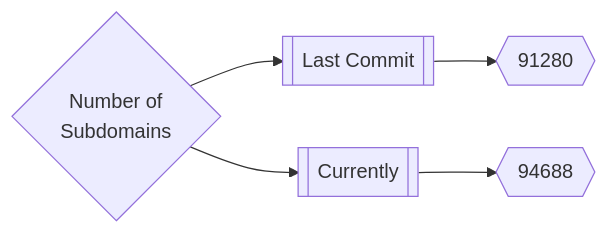
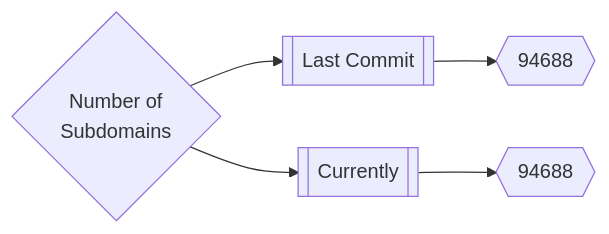
The first of 3 diagrams in README.md (trickest/inventory), drawn with Mermaid before and after one commit.

Commit message:
Update Mon Mar  7 23:17:59 UTC 2022

````diff
--- a/README.md
+++ b/README.md
@@ -165,5 +165,5 @@
 ```mermaid
 graph LR
-title{Number of<br>Subdomains} --> subdomainsDate1[[Last Commit]] --> subdomainsNum1{{91280}}
+title{Number of<br>Subdomains} --> subdomainsDate1[[Last Commit]] --> subdomainsNum1{{94688}}
 title --> subdomainsDate2[[Currently]] --> subdomainsNum2{{94688}}
 ```
````
